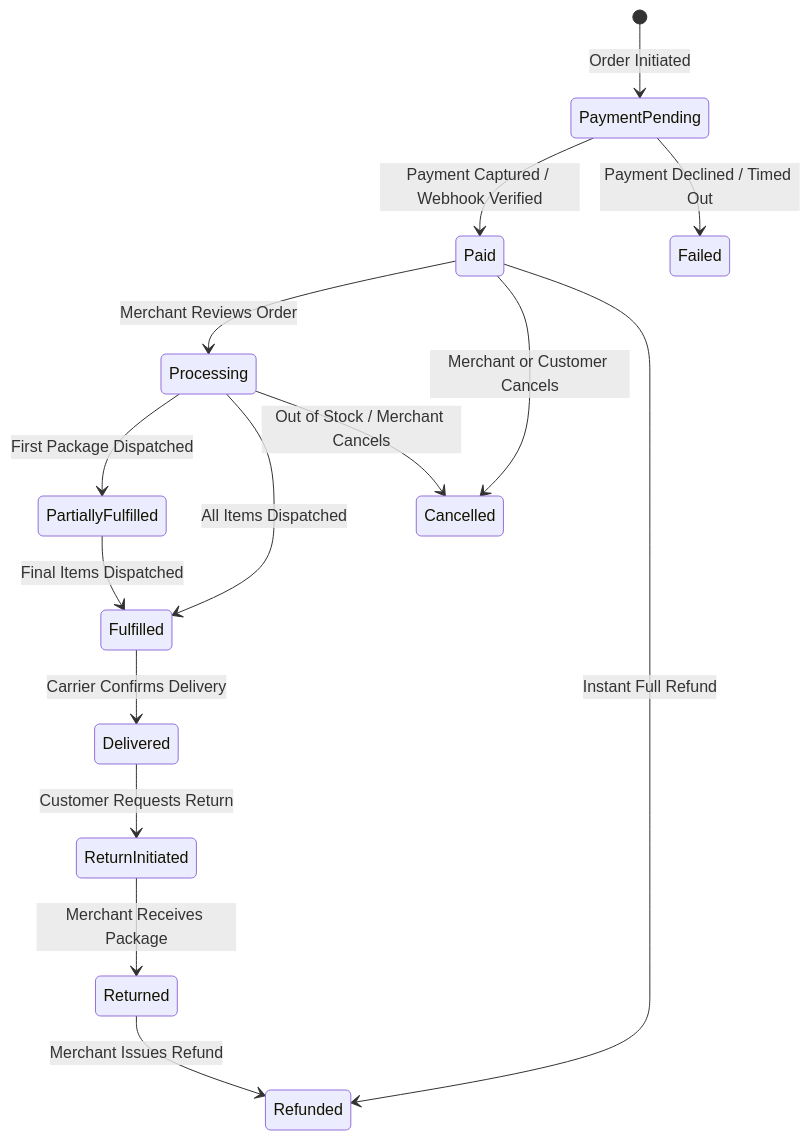
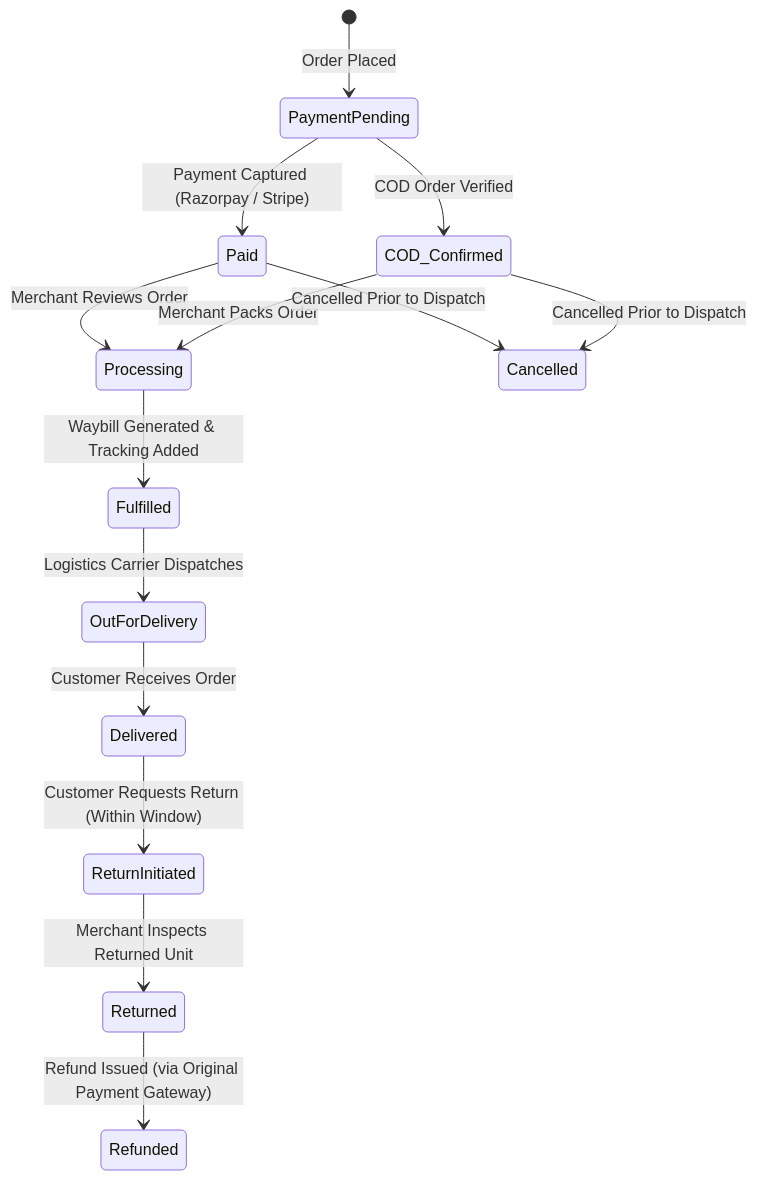
Before and after one commit to Ajuworks96/theecombuddy: the third of 3 diagrams in docs/COMMERCE_WORKFLOWS.md, drawn with Mermaid. The commit also changed other lines of this file and 9 other files, not shown here.

Commit message:
fix(docs): incorporate step-01 architecture corrections across all specifications

````diff
--- a/docs/COMMERCE_WORKFLOWS.md
+++ b/docs/COMMERCE_WORKFLOWS.md
@@ -150,21 +131,20 @@
 ```mermaid
 stateDiagram-v2
-    [*] --> PaymentPending : Order Initiated
-    PaymentPending --> Paid : Payment Captured / Webhook Verified
-    PaymentPending --> Failed : Payment Declined / Timed Out
+    [*] --> PaymentPending : Order Placed
+    PaymentPending --> Paid : Payment Captured (Razorpay / Stripe)
+    PaymentPending --> COD_Confirmed : COD Order Verified
+
+    Paid --> Processing : Merchant Reviews Order
+    COD_Confirmed --> Processing : Merchant Packs Order
+
+    Processing --> Fulfilled : Waybill Generated & Tracking Added
+    Fulfilled --> OutForDelivery : Logistics Carrier Dispatches
+    OutForDelivery --> Delivered : Customer Receives Order
+
+    Paid --> Cancelled : Cancelled Prior to Dispatch
+    COD_Confirmed --> Cancelled : Cancelled Prior to Dispatch
     
-    Paid --> Processing : Merchant Reviews Order
-    Processing --> PartiallyFulfilled : First Package Dispatched
-    Processing --> Fulfilled : All Items Dispatched
-    PartiallyFulfilled --> Fulfilled : Final Items Dispatched
-
-    Fulfilled --> Delivered : Carrier Confirms Delivery
-    
-    Paid --> Cancelled : Merchant or Customer Cancels
-    Processing --> Cancelled : Out of Stock / Merchant Cancels
-    
-    Delivered --> ReturnInitiated : Customer Requests Return
-    ReturnInitiated --> Returned : Merchant Receives Package
-    Returned --> Refunded : Merchant Issues Refund
-    Paid --> Refunded : Instant Full Refund
+    Delivered --> ReturnInitiated : Customer Requests Return (Within Window)
+    ReturnInitiated --> Returned : Merchant Inspects Returned Unit
+    Returned --> Refunded : Refund Issued (via Original Payment Gateway)
 ```
````
